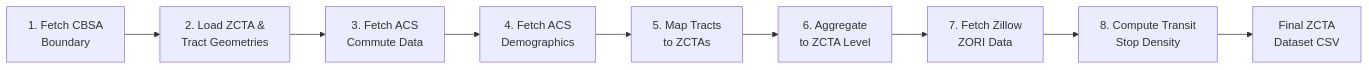
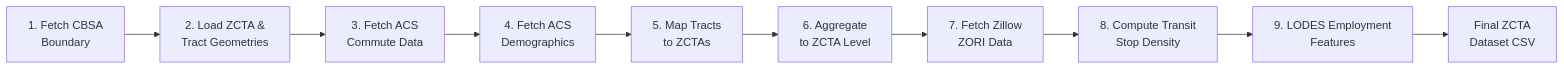
The second of 4 diagrams in README.md (cdcoonce/housing-commute-analysis), drawn with Mermaid before and after one commit. The commit also changed other lines of this file and 2 other files, not shown here.

Commit message:
docs: 35-column schema, LODES source, employment-feature pipeline step

````diff
--- a/README.md
+++ b/README.md
@@ -200,11 +206,12 @@
 ```mermaid
 flowchart LR
     A["1. Fetch CBSA<br/>Boundary"] --> B["2. Load ZCTA &<br/>Tract Geometries"]
     B --> C["3. Fetch ACS<br/>Commute Data"]
     C --> D["4. Fetch ACS<br/>Demographics"]
     D --> E["5. Map Tracts<br/>to ZCTAs"]
     E --> F["6. Aggregate<br/>to ZCTA Level"]
     F --> G["7. Fetch Zillow<br/>ZORI Data"]
     G --> H["8. Compute Transit<br/>Stop Density"]
-    H --> I["Final ZCTA<br/>Dataset CSV"]
+    H --> L["9. LODES Employment<br/>Features"]
+    L --> I["Final ZCTA<br/>Dataset CSV"]
 ```
````
